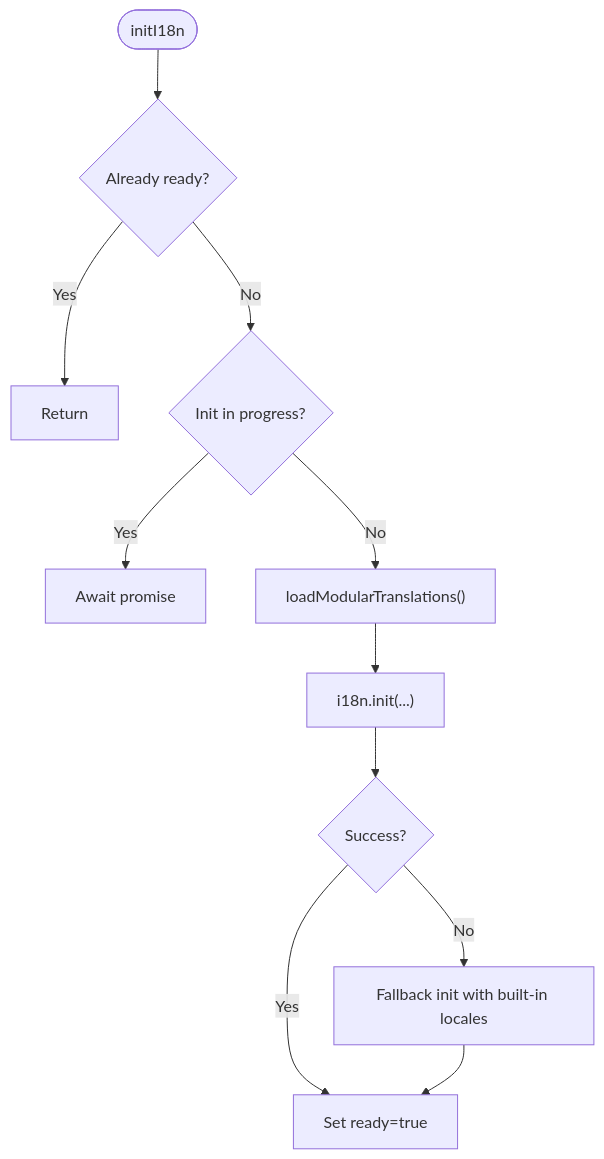
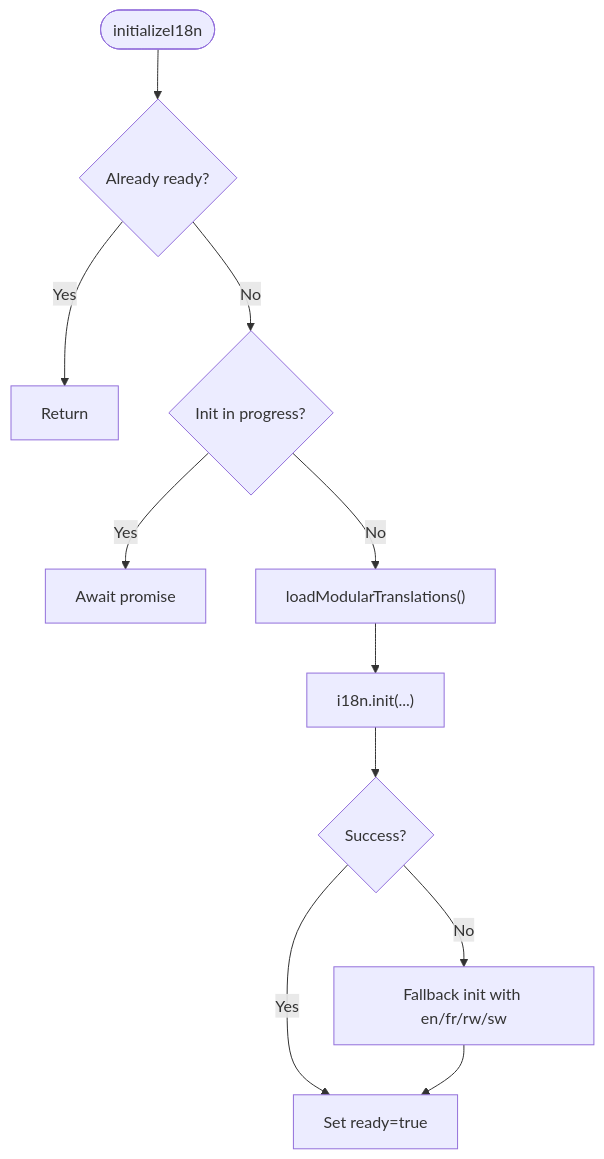
The third of 9 diagrams in .qoder/repowiki/en/content/Internationalization.md (geniusdynamics/schoolpilot), drawn with Mermaid before and after one commit. The commit also changed other lines of this file and 311 other files, not shown here.

````diff
--- a/.qoder/repowiki/en/content/Internationalization.md
+++ b/.qoder/repowiki/en/content/Internationalization.md
@@ -186,13 +183,13 @@
 ```mermaid
 flowchart TD
-Start(["initI18n"]) --> CheckReady{"Already ready?"}
+Start(["initializeI18n"]) --> CheckReady{"Already ready?"}
 CheckReady --> |Yes| Return["Return"]
 CheckReady --> |No| CheckInProgress{"Init in progress?"}
 CheckInProgress --> |Yes| Await["Await promise"]
 CheckInProgress --> |No| BuildResources["loadModularTranslations()"]
 BuildResources --> InitI18n["i18n.init(...)"]
 InitI18n --> Success{"Success?"}
 Success --> |Yes| Done["Set ready=true"]
-Success --> |No| Fallback["Fallback init with built-in locales"]
+Success --> |No| Fallback["Fallback init with en/fr/rw/sw"]
 Fallback --> Done
 ```
````
